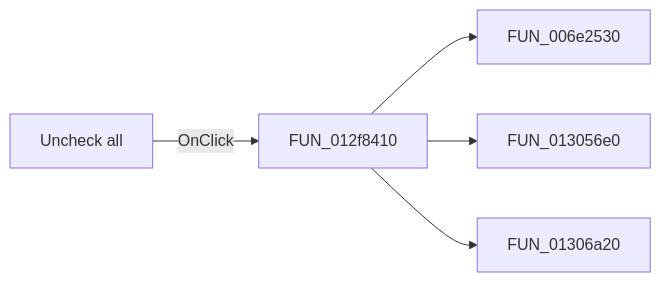
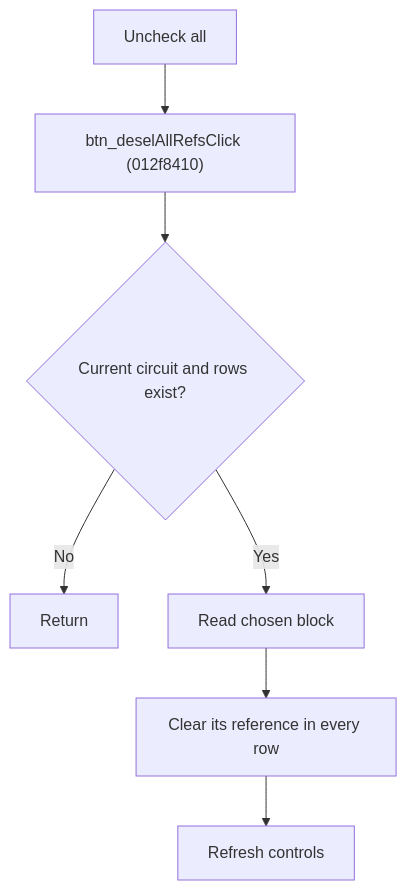
Before and after one commit to MovGP0/TIARA: the diagram in docs/ui-controls/frmmodeltestbencheditor/btn-deselallrefs-649b41975d.md, drawn with Mermaid. The commit also changed other lines of this file and 387 other files, not shown here.

````diff
--- a/docs/ui-controls/frmmodeltestbencheditor/btn-deselallrefs-649b41975d.md
+++ b/docs/ui-controls/frmmodeltestbencheditor/btn-deselallrefs-649b41975d.md
@@ -27,7 +29,9 @@
 ```mermaid
-flowchart LR
-    control["Uncheck all"] -->|OnClick| handler["FUN_012f8410"]
-    handler --> call1["FUN_006e2530"]
-    handler --> call2["FUN_013056e0"]
-    handler --> call3["FUN_01306a20"]
+flowchart TD
+    control["Uncheck all"] --> handler["btn_deselAllRefsClick (012f8410)"]
+    handler --> valid{"Current circuit and rows exist?"}
+    valid -->|No| stop["Return"]
+    valid -->|Yes| block["Read chosen block"]
+    block --> clear["Clear its reference in every row"]
+    clear --> refresh["Refresh controls"]
 ```
````
